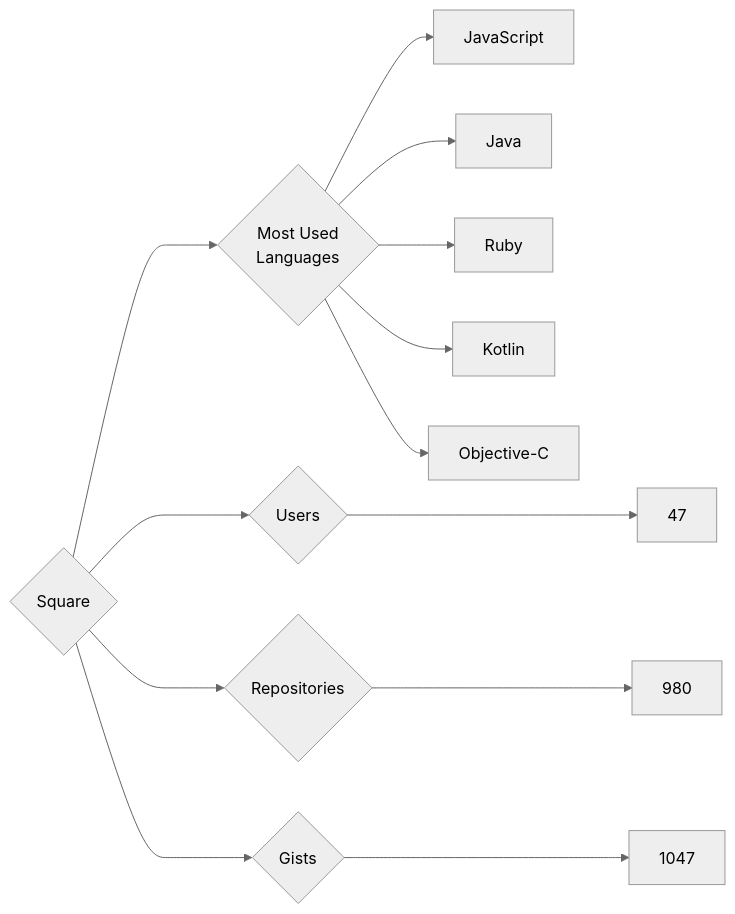
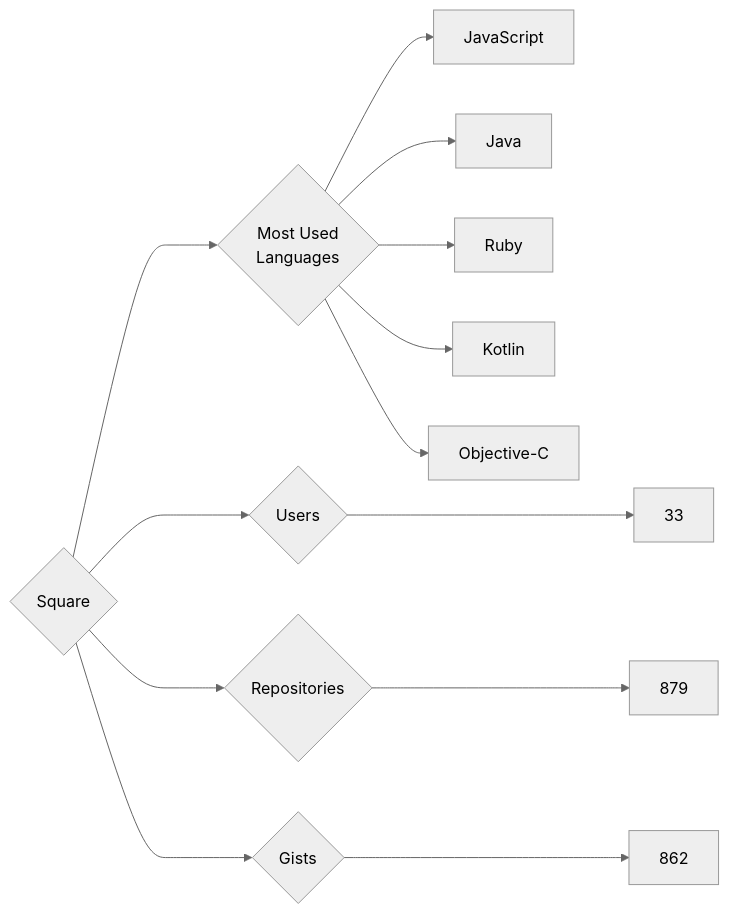
Before and after one commit to trickest/insiders: the diagram in targets/Square/README.md, drawn with Mermaid (neutral theme). The commit also changed 912 other files, not shown here.

````diff
--- a/targets/Square/README.md
+++ b/targets/Square/README.md
@@ -3,13 +3,13 @@
 ```mermaid
 graph LR
 COMPANY_NAME{Square}
-COMPANY_NAME ---> U{Users} ---> UN[47]
-COMPANY_NAME ---> R{Repositories} ---> RN[980]
-COMPANY_NAME ---> G{Gists} ---> GN[1047]
+COMPANY_NAME ---> U{Users} ---> UN[33]
+COMPANY_NAME ---> R{Repositories} ---> RN[879]
+COMPANY_NAME ---> G{Gists} ---> GN[862]
 COMPANY_NAME ---> ML{Most Used<br>Languages}
 ML --> JavaScript[JavaScript]
 ML --> Java[Java]
 ML --> Ruby[Ruby]
 ML --> Kotlin[Kotlin]
 ML --> Objective-C[Objective-C]
 ```
````
